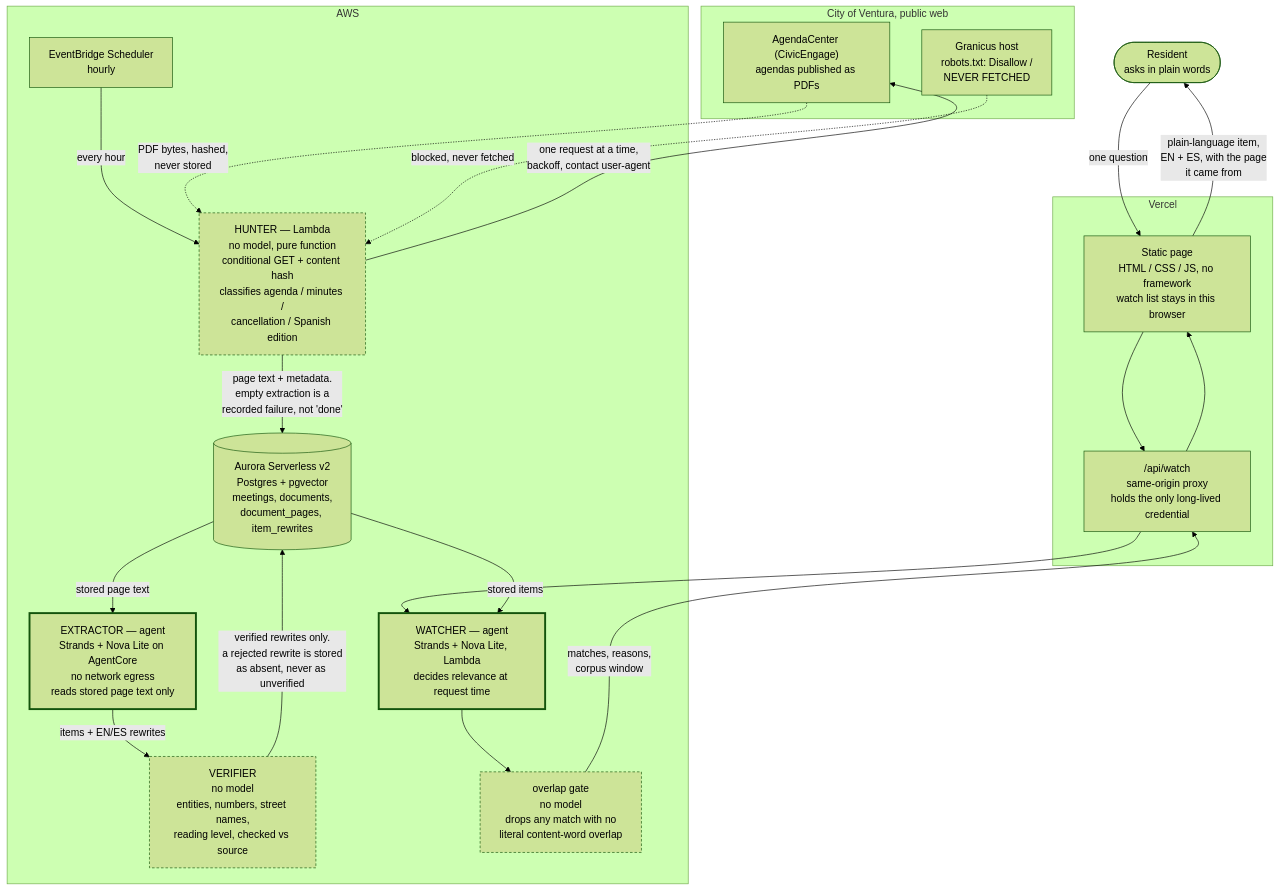
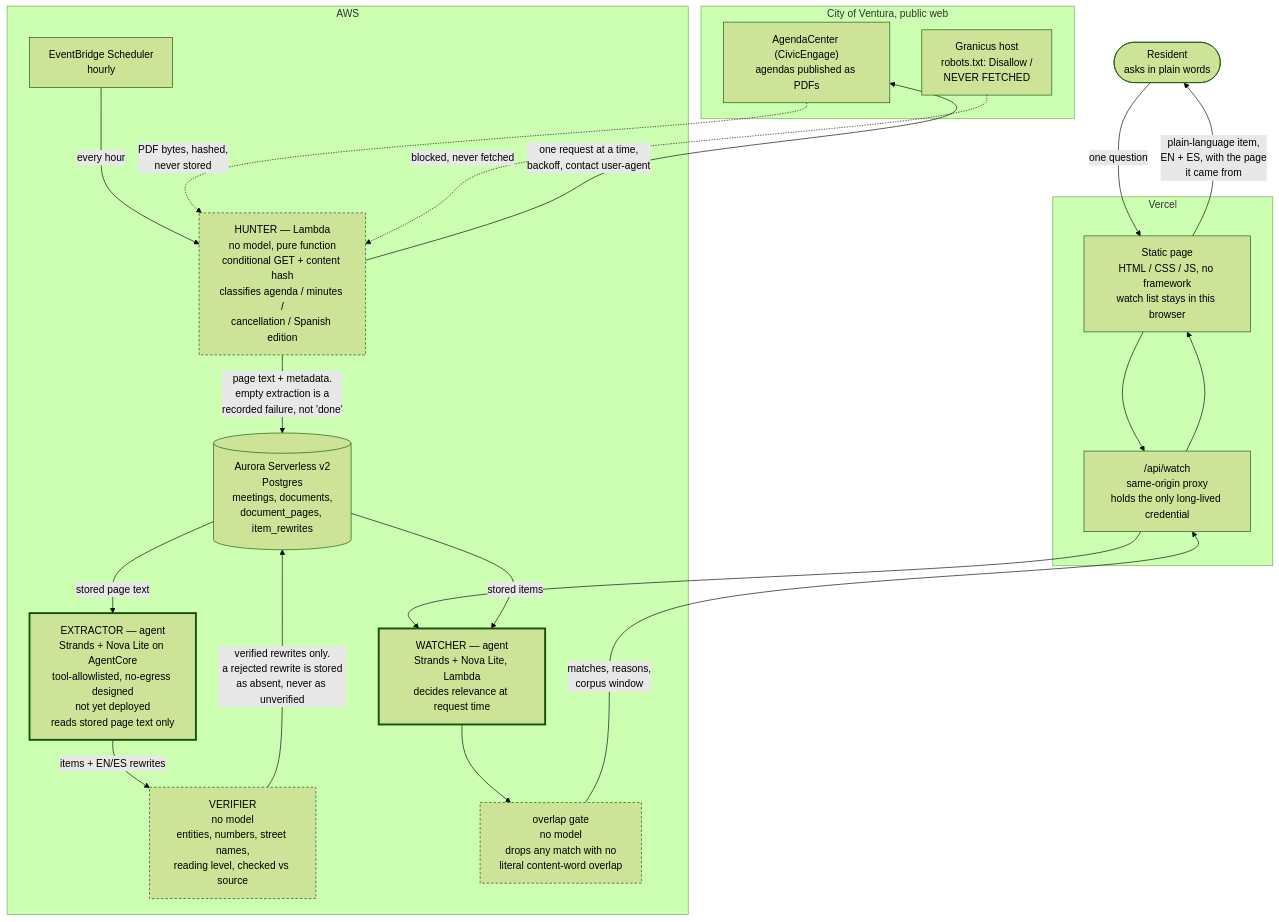
One commit to earlgreyhot1701D/porch-light changed the diagram in README.md. Above: the diagram before and after it, drawn with Mermaid (forest theme). The commit also changed other lines of this file, not shown here.

Commit message:
docs(README): correct audit findings — extractor diagram drops 'no network egress' (deployed networkMode PUBLIC; containment is the tool allowlist), drop pgvector from the DB node (installed but unqueried in the shipped path), test count 57 -> 178 to match a clean uv run pytest

````diff
--- a/README.md
+++ b/README.md
@@ -30,48 +30,48 @@
 ```mermaid
 flowchart TB
     USER(["Resident<br/>asks in plain words"])
 
     subgraph CITY["City of Ventura, public web"]
         AC["AgendaCenter (CivicEngage)<br/>agendas published as PDFs"]
         GR["Granicus host<br/>robots.txt: Disallow /<br/>NEVER FETCHED"]
     end
 
     subgraph EDGE["Vercel"]
         WEB["Static page<br/>HTML / CSS / JS, no framework<br/>watch list stays in this browser"]
         PROXY["/api/watch<br/>same-origin proxy<br/>holds the only long-lived credential"]
     end
 
     subgraph AWS["AWS"]
         EB["EventBridge Scheduler<br/>hourly"]
         HUN["HUNTER — Lambda<br/>no model, pure function<br/>conditional GET + content hash<br/>classifies agenda / minutes /<br/>cancellation / Spanish edition"]
-        EXT["EXTRACTOR — agent<br/>Strands + Nova Lite on AgentCore<br/>no network egress<br/>reads stored page text only"]
+        EXT["EXTRACTOR — agent<br/>Strands + Nova Lite on AgentCore<br/>tool-allowlisted, no-egress designed<br/>not yet deployed<br/>reads stored page text only"]
         VER["VERIFIER<br/>no model<br/>entities, numbers, street names,<br/>reading level, checked vs source"]
         WAT["WATCHER — agent<br/>Strands + Nova Lite, Lambda<br/>decides relevance at request time"]
         GATE["overlap gate<br/>no model<br/>drops any match with no<br/>literal content-word overlap"]
-        DB[("Aurora Serverless v2<br/>Postgres + pgvector<br/>meetings, documents,<br/>document_pages, item_rewrites")]
+        DB[("Aurora Serverless v2<br/>Postgres<br/>meetings, documents,<br/>document_pages, item_rewrites")]
     end
 
     EB -->|"every hour"| HUN
     HUN -->|"one request at a time,<br/>backoff, contact user-agent"| AC
     AC -.->|"PDF bytes, hashed,<br/>never stored"| HUN
     GR -.->|"blocked, never fetched"| HUN
     HUN -->|"page text + metadata.<br/>empty extraction is a<br/>recorded failure, not 'done'"| DB
 
     DB -->|"stored page text"| EXT
     EXT -->|"items + EN/ES rewrites"| VER
     VER -->|"verified rewrites only.<br/>a rejected rewrite is stored<br/>as absent, never as unverified"| DB
 
     USER -->|"one question"| WEB
     WEB --> PROXY
     PROXY --> WAT
     DB -->|"stored items"| WAT
     WAT --> GATE
     GATE -->|"matches, reasons,<br/>corpus window"| PROXY
     PROXY --> WEB
     WEB -->|"plain-language item,<br/>EN + ES, with the page<br/>it came from"| USER
 
     classDef agent stroke-width:3px
     classDef det stroke-dasharray:4 3
     class EXT,WAT agent
     class HUN,VER,GATE det
 ```
````
